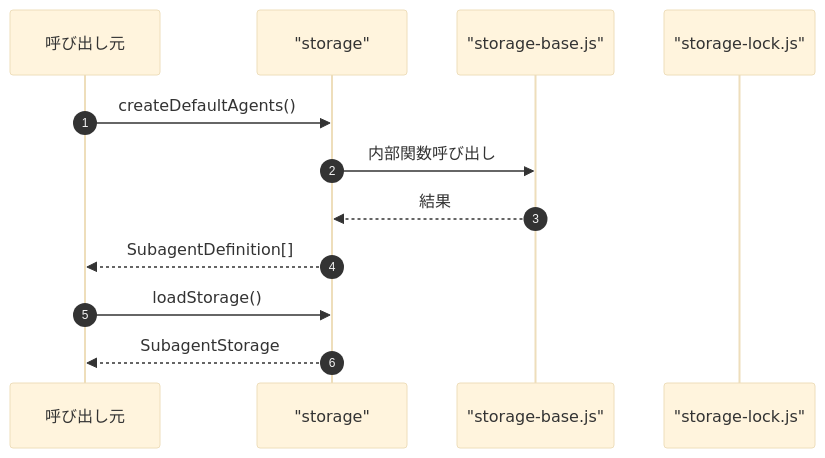
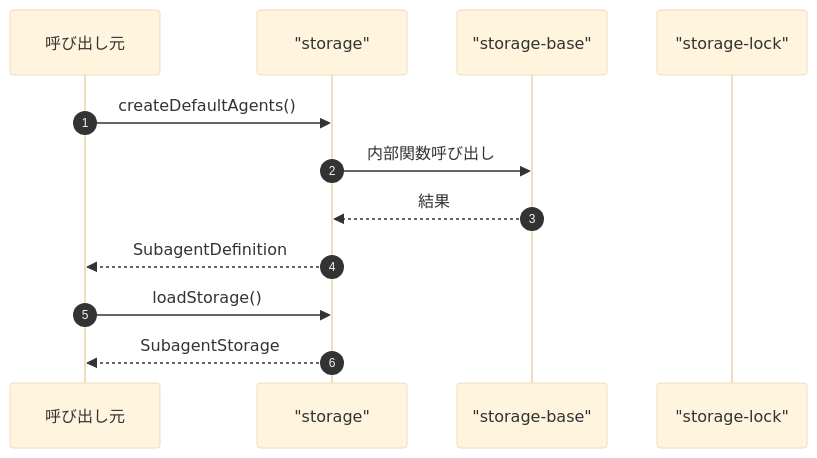
One commit to Mekann2904/mekann changed the fourth of 4 diagrams in ABDD/.pi/extensions/subagents/storage.md. Above: the diagram before and after it, drawn with Mermaid (base theme). The commit also changed other lines of this file and 174 other files, not shown here.

First line of the commit message:
fix(docs): ABDDのMermaid図生成エラーを修正する

````diff
--- a/ABDD/.pi/extensions/subagents/storage.md
+++ b/ABDD/.pi/extensions/subagents/storage.md
@@ -104,16 +104,16 @@
 ```mermaid
 sequenceDiagram
   autonumber
   participant Caller as 呼び出し元
   participant storage as "storage"
-  participant storage_base_js as "storage-base.js"
-  participant storage_lock_js as "storage-lock.js"
+  participant storage_base as "storage-base"
+  participant storage_lock as "storage-lock"
 
   Caller->>storage: createDefaultAgents()
-  storage->>storage_base_js: 内部関数呼び出し
-  storage_base_js-->>storage: 結果
-  storage-->>Caller: SubagentDefinition[]
+  storage->>storage_base: 内部関数呼び出し
+  storage_base-->>storage: 結果
+  storage-->>Caller: SubagentDefinition
 
   Caller->>storage: loadStorage()
   storage-->>Caller: SubagentStorage
 ```
````
